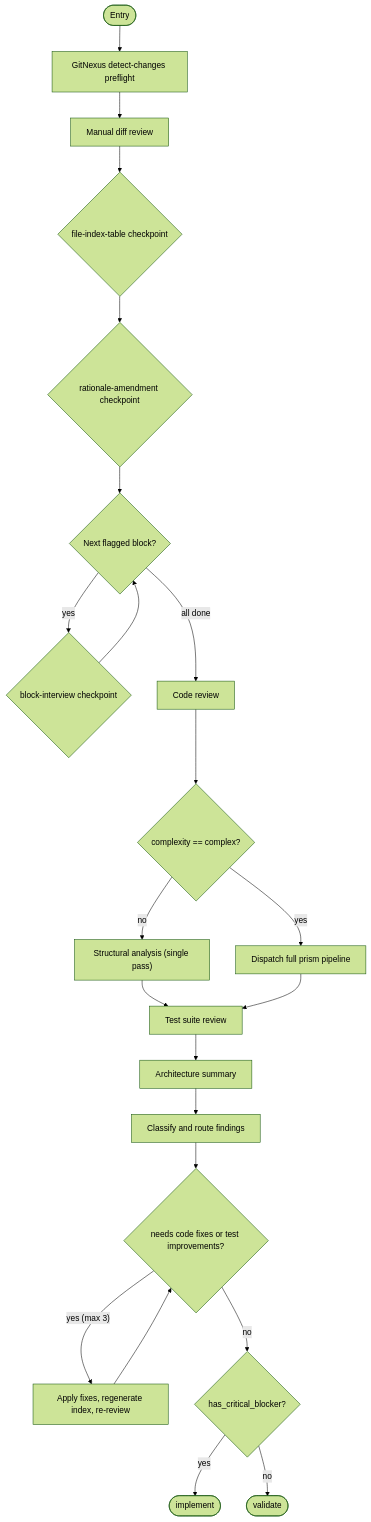
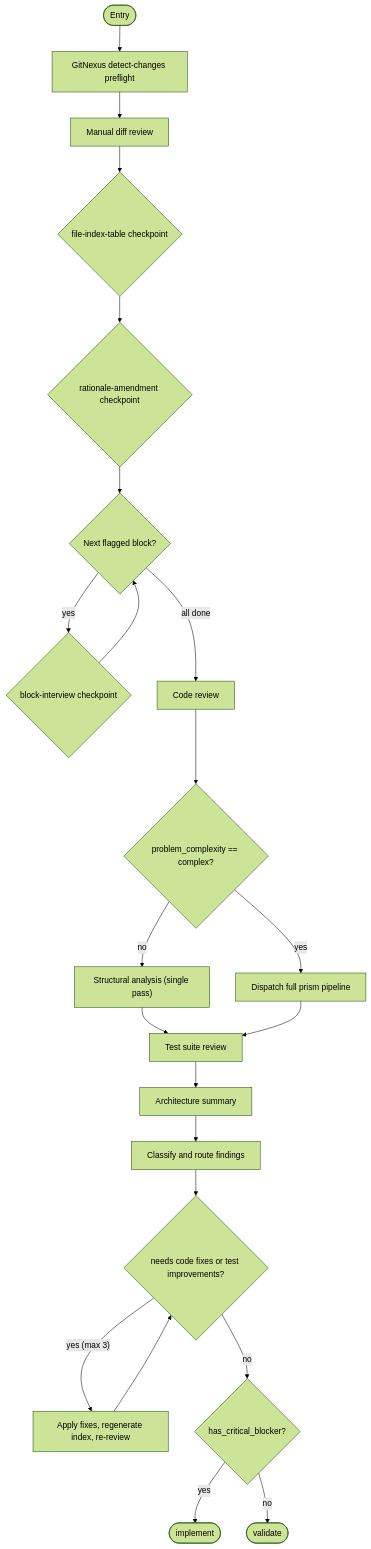
Before and after one commit to m2ux/workflow-server: the ninth of 14 diagrams in work-package/activities/README.md, drawn with Mermaid (forest theme). The commit also changed other lines of this file and 34 other files, not shown here.

````diff
--- a/work-package/activities/README.md
+++ b/work-package/activities/README.md
@@ -605,26 +605,26 @@
 ```mermaid
 graph TD
     entryNode(["Entry"]) --> preflight["GitNexus detect-changes preflight"]
     preflight --> manualDiff["Manual diff review"]
     manualDiff --> cpFileIndex{"file-index-table checkpoint"}
     cpFileIndex --> cpRationale{"rationale-amendment checkpoint"}
     cpRationale --> interviewLoop{"Next flagged block?"}
     interviewLoop -->|"yes"| cpInterview{"block-interview checkpoint"}
     cpInterview --> interviewLoop
     interviewLoop -->|"all done"| codeReview["Code review"]
 
-    codeReview --> structural{"complexity == complex?"}
+    codeReview --> structural{"problem_complexity == complex?"}
     structural -->|"no"| structuralInline["Structural analysis (single pass)"]
     structural -->|"yes"| dispatchPrism["Dispatch full prism pipeline"]
     structuralInline --> testReview["Test suite review"]
     dispatchPrism --> testReview
     testReview --> archSummary["Architecture summary"]
     archSummary --> classify["Classify and route findings"]
 
     classify --> fixCycle{"needs code fixes or test improvements?"}
     fixCycle -->|"yes (max 3)"| applyFixes["Apply fixes, regenerate index, re-review"]
     applyFixes --> fixCycle
     fixCycle -->|"no"| blockerGate{"has_critical_blocker?"}
     blockerGate -->|"yes"| exitImplement(["implement"])
     blockerGate -->|"no"| exitValidate(["validate"])
 ```
````
